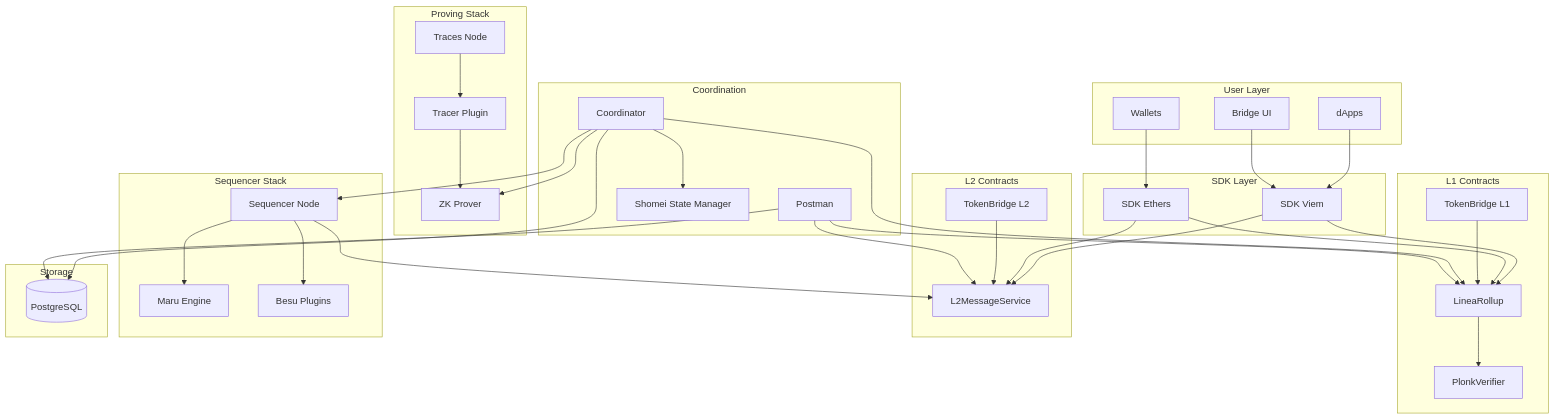
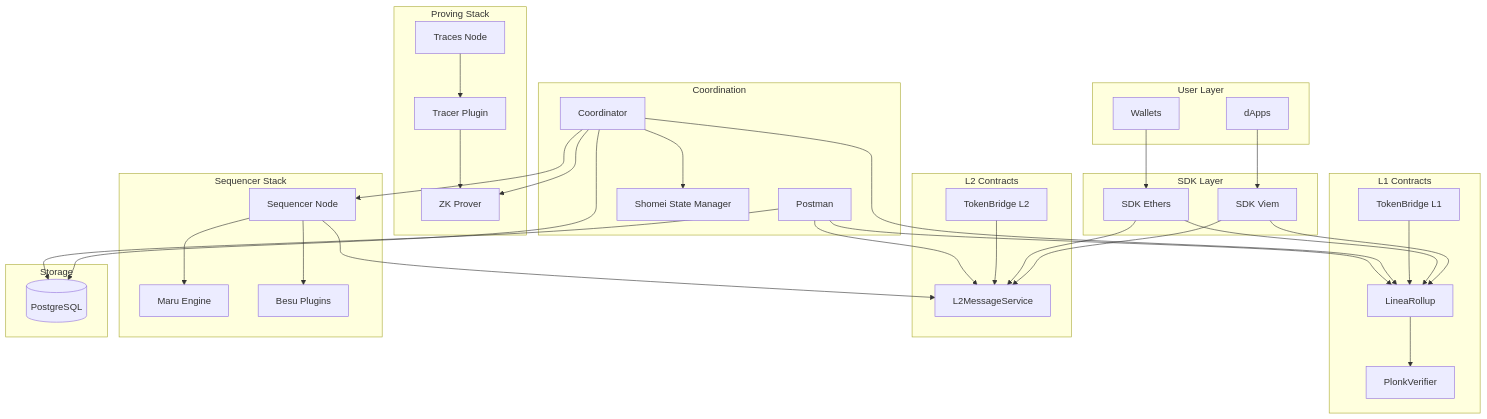
Before and after one commit to Consensys/linea-monorepo: the diagram in docs/tech/diagrams/component-interactions.mmd, drawn with Mermaid. The commit also changed 398 other files, not shown here.

```diff
--- a/docs/tech/diagrams/component-interactions.mmd
+++ b/docs/tech/diagrams/component-interactions.mmd
@@ -1,74 +1,72 @@
 graph TB
     subgraph "User Layer"
         DAPP[dApps]
         WALLET[Wallets]
-        BRIDGEUI[Bridge UI]
     end
     
     subgraph "SDK Layer"
         SDK_VIEM[SDK Viem]
         SDK_ETHERS[SDK Ethers]
     end
     
     subgraph "L1 Contracts"
         ROLLUP[LineaRollup]
         VERIFIER[PlonkVerifier]
         L1BRIDGE[TokenBridge L1]
     end
     
     subgraph "L2 Contracts"
         L2MSG[L2MessageService]
         L2BRIDGE[TokenBridge L2]
     end
     
     subgraph "Sequencer Stack"
         SEQ[Sequencer Node]
         MARU[Maru Engine]
         PLUGINS[Besu Plugins]
     end
     
     subgraph "Proving Stack"
         TRACES[Traces Node]
         TRACER[Tracer Plugin]
         PROVER[ZK Prover]
     end
     
     subgraph "Coordination"
         COORD[Coordinator]
         POSTMAN[Postman]
         SHOMEI[Shomei State Manager]
     end
     
     subgraph "Storage"
         PG[(PostgreSQL)]
     end
     
     DAPP --> SDK_VIEM
     WALLET --> SDK_ETHERS
-    BRIDGEUI --> SDK_VIEM
-    
+
     SDK_VIEM --> ROLLUP
     SDK_VIEM --> L2MSG
     SDK_ETHERS --> ROLLUP
     SDK_ETHERS --> L2MSG
     
     ROLLUP --> VERIFIER
     L1BRIDGE --> ROLLUP
     L2BRIDGE --> L2MSG
     
     SEQ --> MARU
     SEQ --> PLUGINS
     SEQ --> L2MSG
     
     TRACES --> TRACER
     TRACER --> PROVER
     
     COORD --> PROVER
     COORD --> ROLLUP
     COORD --> SEQ
     COORD --> SHOMEI
     COORD --> PG
     
     POSTMAN --> ROLLUP
     POSTMAN --> L2MSG
     POSTMAN --> PG
```
